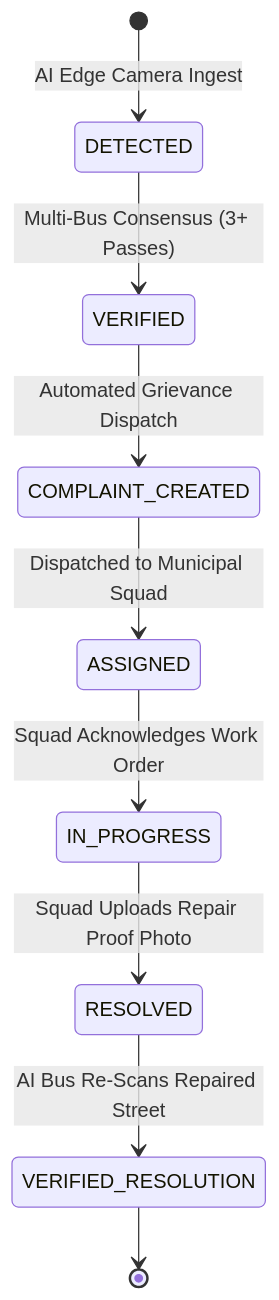
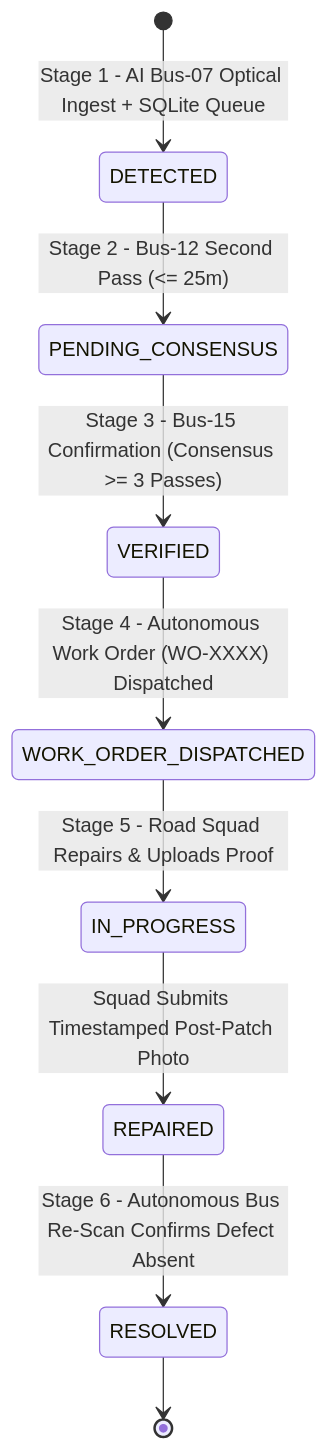
Before and after one commit to subhadeepnandi43-sys/LUNARIS---AI_URBAN_INTELLIGENCE: the third of 3 diagrams in README.md, drawn with Mermaid. The commit also changed other lines of this file and 24 other files, not shown here.

````diff
--- a/README.md
+++ b/README.md
@@ -141,11 +174,11 @@
 ```mermaid
 stateDiagram-v2
-    [*] --> DETECTED: AI Edge Camera Ingest
-    DETECTED --> VERIFIED: Multi-Bus Consensus (3+ Passes)
-    VERIFIED --> COMPLAINT_CREATED: Automated Grievance Dispatch
-    COMPLAINT_CREATED --> ASSIGNED: Dispatched to Municipal Squad
-    ASSIGNED --> IN_PROGRESS: Squad Acknowledges Work Order
-    IN_PROGRESS --> RESOLVED: Squad Uploads Repair Proof Photo
-    RESOLVED --> VERIFIED_RESOLUTION: AI Bus Re-Scans Repaired Street
-    VERIFIED_RESOLUTION --> [*]
+    [*] --> DETECTED: Stage 1 - AI Bus-07 Optical Ingest + SQLite Queue
+    DETECTED --> PENDING_CONSENSUS: Stage 2 - Bus-12 Second Pass (<= 25m)
+    PENDING_CONSENSUS --> VERIFIED: Stage 3 - Bus-15 Confirmation (Consensus >= 3 Passes)
+    VERIFIED --> WORK_ORDER_DISPATCHED: Stage 4 - Autonomous Work Order (WO-XXXX) Dispatched
+    WORK_ORDER_DISPATCHED --> IN_PROGRESS: Stage 5 - Road Squad Repairs & Uploads Proof
+    IN_PROGRESS --> REPAIRED: Squad Submits Timestamped Post-Patch Photo
+    REPAIRED --> RESOLVED: Stage 6 - Autonomous Bus Re-Scan Confirms Defect Absent
+    RESOLVED --> [*]
 ```
````
